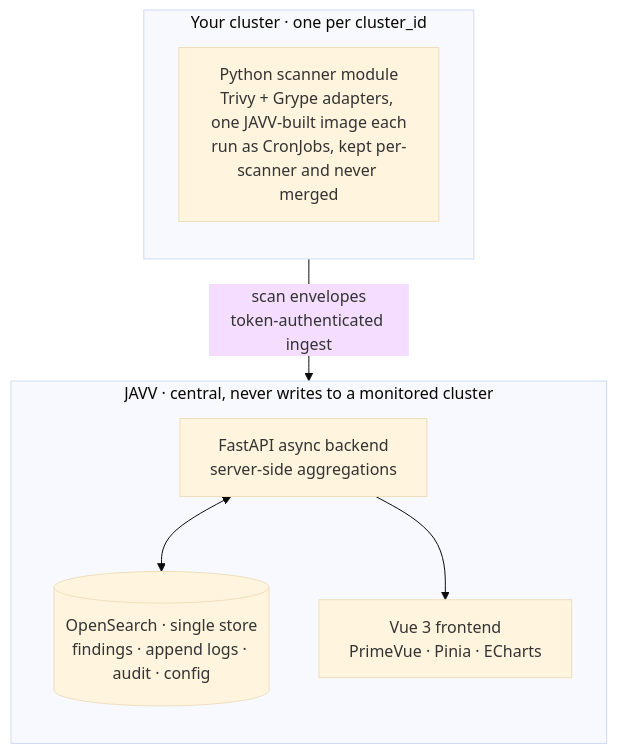
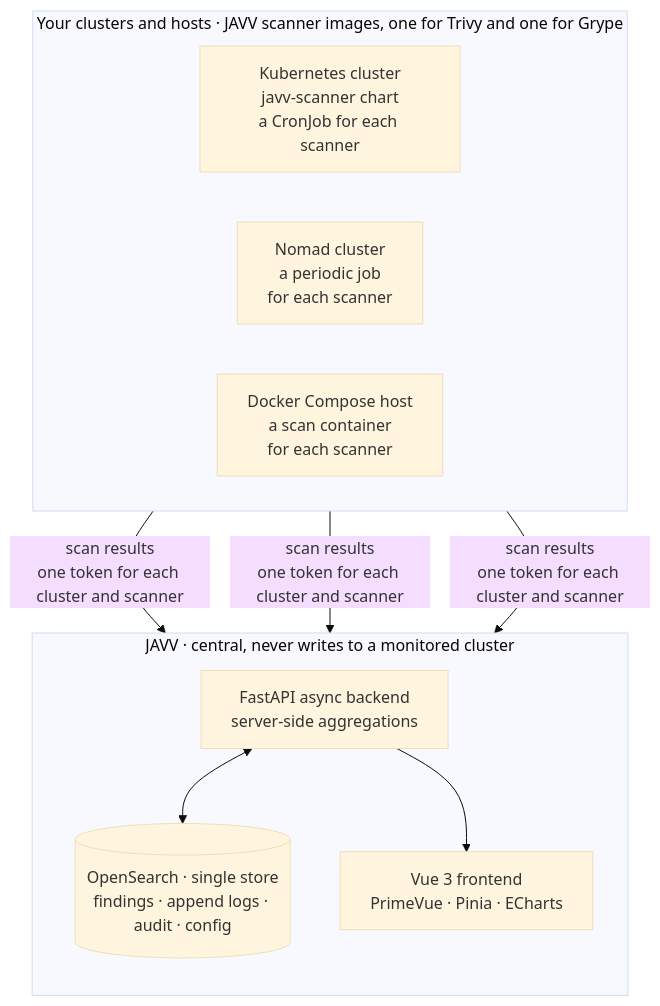
Before and after one commit to Danube-Labs/javv: the diagram in README.md, drawn with Mermaid (base theme). The commit also changed other lines of this file, not shown here.

Commit message:
docs: the readme puts kubernetes first, names nomad and docker, and speaks to you (#1174)

````diff
--- a/README.md
+++ b/README.md
@@ -80,18 +91,20 @@
 ```mermaid
 flowchart TB
-    subgraph CLUSTER["Your cluster · one per cluster_id"]
-        direction TB
-        SCAN["Python scanner module<br/>Trivy + Grype adapters, one JAVV-built image each<br/>run as CronJobs, kept per-scanner and never merged"]
+    subgraph SOURCES["Your clusters and hosts · JAVV scanner images, one for Trivy and one for Grype"]
+        direction LR
+        K8S["Kubernetes cluster<br/>javv-scanner chart<br/>a CronJob for each scanner"]
+        NOMAD["Nomad cluster<br/>a periodic job<br/>for each scanner"]
+        DOCKER["Docker Compose host<br/>a scan container<br/>for each scanner"]
     end
 
     subgraph JAVV["JAVV · central, never writes to a monitored cluster"]
         direction TB
         API["FastAPI async backend<br/>server-side aggregations"]
         STORE[("OpenSearch · single store<br/>findings · append logs · audit · config")]
         UI["Vue 3 frontend<br/>PrimeVue · Pinia · ECharts"]
         API <--> STORE
         API --> UI
     end
 
-    SCAN -->|"scan envelopes<br/>token-authenticated ingest"| API
+    K8S & NOMAD & DOCKER -->|"scan results<br/>one token for each cluster and scanner"| API
 ```
````
